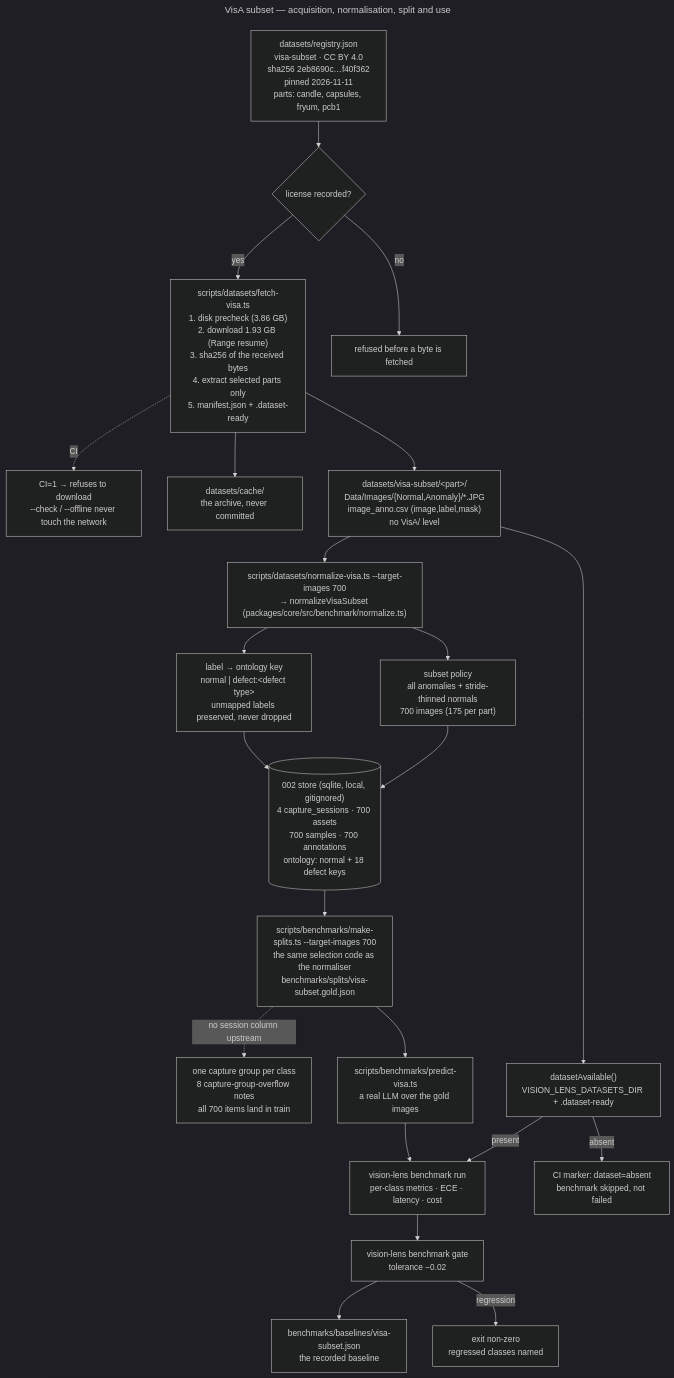
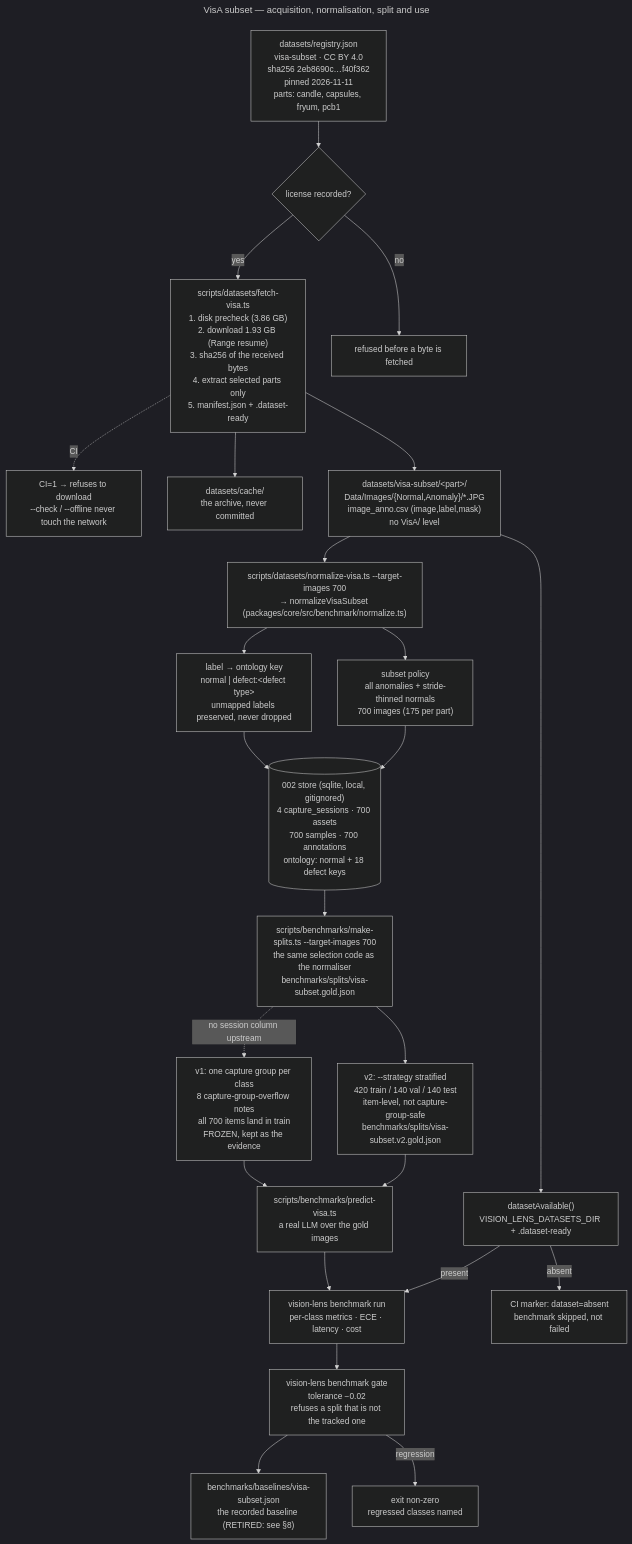
Before and after one commit to erikunha/LAIbemage: the diagram in docs/datasets/visa.md, drawn with Mermaid (dark theme). The commit also changed other lines of this file and 4 other files, not shown here.

Commit message:
docs(benchmark): state what the metric is and what it is not

````diff
--- a/docs/datasets/visa.md
+++ b/docs/datasets/visa.md
@@ -16,51 +19,54 @@
 ```mermaid
 ---
 title: VisA subset — acquisition, normalisation, split and use
 ---
 flowchart TD
     REG["datasets/registry.json<br/>visa-subset · CC BY 4.0<br/>sha256 2eb8690c…f40f362<br/>pinned 2026-11-11<br/>parts: candle, capsules, fryum, pcb1"]
     LIC{"license recorded?"}
 
     FETCH["scripts/datasets/fetch-visa.ts<br/>1. disk precheck (3.86 GB)<br/>2. download 1.93 GB (Range resume)<br/>3. sha256 of the received bytes<br/>4. extract selected parts only<br/>5. manifest.json + .dataset-ready"]
     CI["CI=1 → refuses to download<br/>--check / --offline never touch the network"]
     CACHE["datasets/cache/<br/>the archive, never committed"]
     SUB["datasets/visa-subset/&lt;part&gt;/<br/>Data/Images/{Normal,Anomaly}/*.JPG<br/>image_anno.csv (image,label,mask)<br/>no VisA/ level"]
 
     NORM["scripts/datasets/normalize-visa.ts --target-images 700<br/>→ normalizeVisaSubset (packages/core/src/benchmark/normalize.ts)"]
     KEY["label → ontology key<br/>normal | defect:&lt;defect type&gt;<br/>unmapped labels preserved, never dropped"]
     POL["subset policy<br/>all anomalies + stride-thinned normals<br/>700 images (175 per part)"]
     STORE[("002 store (sqlite, local, gitignored)<br/>4 capture_sessions · 700 assets<br/>700 samples · 700 annotations<br/>ontology: normal + 18 defect keys")]
 
     SPLIT["scripts/benchmarks/make-splits.ts --target-images 700<br/>the same selection code as the normaliser<br/>benchmarks/splits/visa-subset.gold.json"]
-    DEGEN["one capture group per class<br/>8 capture-group-overflow notes<br/>all 700 items land in train"]
+    DEGEN["v1: one capture group per class<br/>8 capture-group-overflow notes<br/>all 700 items land in train<br/>FROZEN, kept as the evidence"]
+    V2["v2: --strategy stratified<br/>420 train / 140 val / 140 test<br/>item-level, not capture-group-safe<br/>benchmarks/splits/visa-subset.v2.gold.json"]
 
     PRED["scripts/benchmarks/predict-visa.ts<br/>a real LLM over the gold images"]
     RUN["vision-lens benchmark run<br/>per-class metrics · ECE · latency · cost"]
-    GATE["vision-lens benchmark gate<br/>tolerance −0.02"]
-    BASE["benchmarks/baselines/visa-subset.json<br/>the recorded baseline"]
+    GATE["vision-lens benchmark gate<br/>tolerance −0.02<br/>refuses a split that is not the tracked one"]
+    BASE["benchmarks/baselines/visa-subset.json<br/>the recorded baseline (RETIRED: see §8)"]
 
     AVAIL["datasetAvailable()<br/>VISION_LENS_DATASETS_DIR + .dataset-ready"]
     ABSENT["CI marker: dataset=absent<br/>benchmark skipped, not failed"]
 
     REG --> LIC
     LIC -- "no" --> REFUSE["refused before a byte is fetched"]
     LIC -- "yes" --> FETCH
     FETCH -. "CI" .-> CI
     FETCH --> CACHE
     FETCH --> SUB
     SUB --> NORM
     NORM --> KEY
     NORM --> POL
     KEY --> STORE
     POL --> STORE
     STORE --> SPLIT
     SPLIT -. "no session column upstream" .-> DEGEN
-    SPLIT --> PRED
+    SPLIT --> V2
+    DEGEN --> PRED
+    V2 --> PRED
     PRED --> RUN
     RUN --> GATE
     GATE --> BASE
     GATE -- "regression" --> FAIL["exit non-zero<br/>regressed classes named"]
     SUB --> AVAIL
     AVAIL -- "present" --> RUN
     AVAIL -- "absent" --> ABSENT
 ```
````
